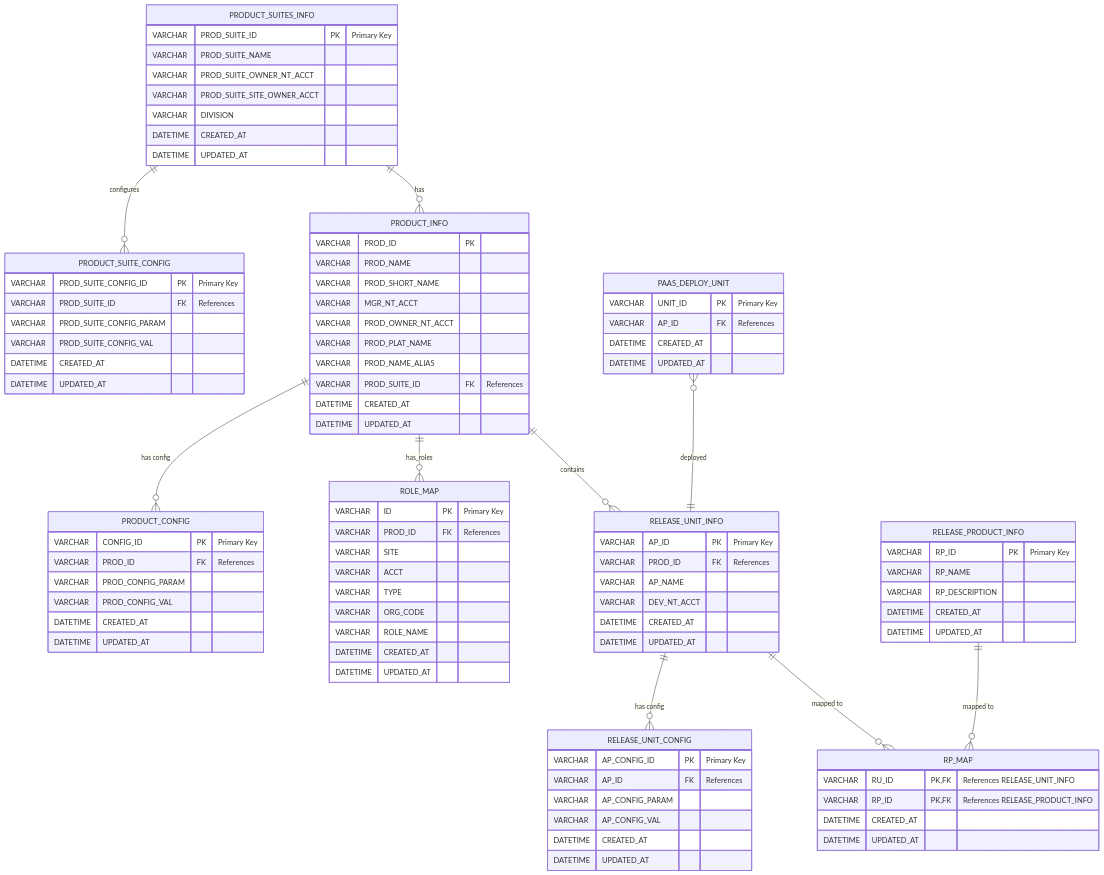
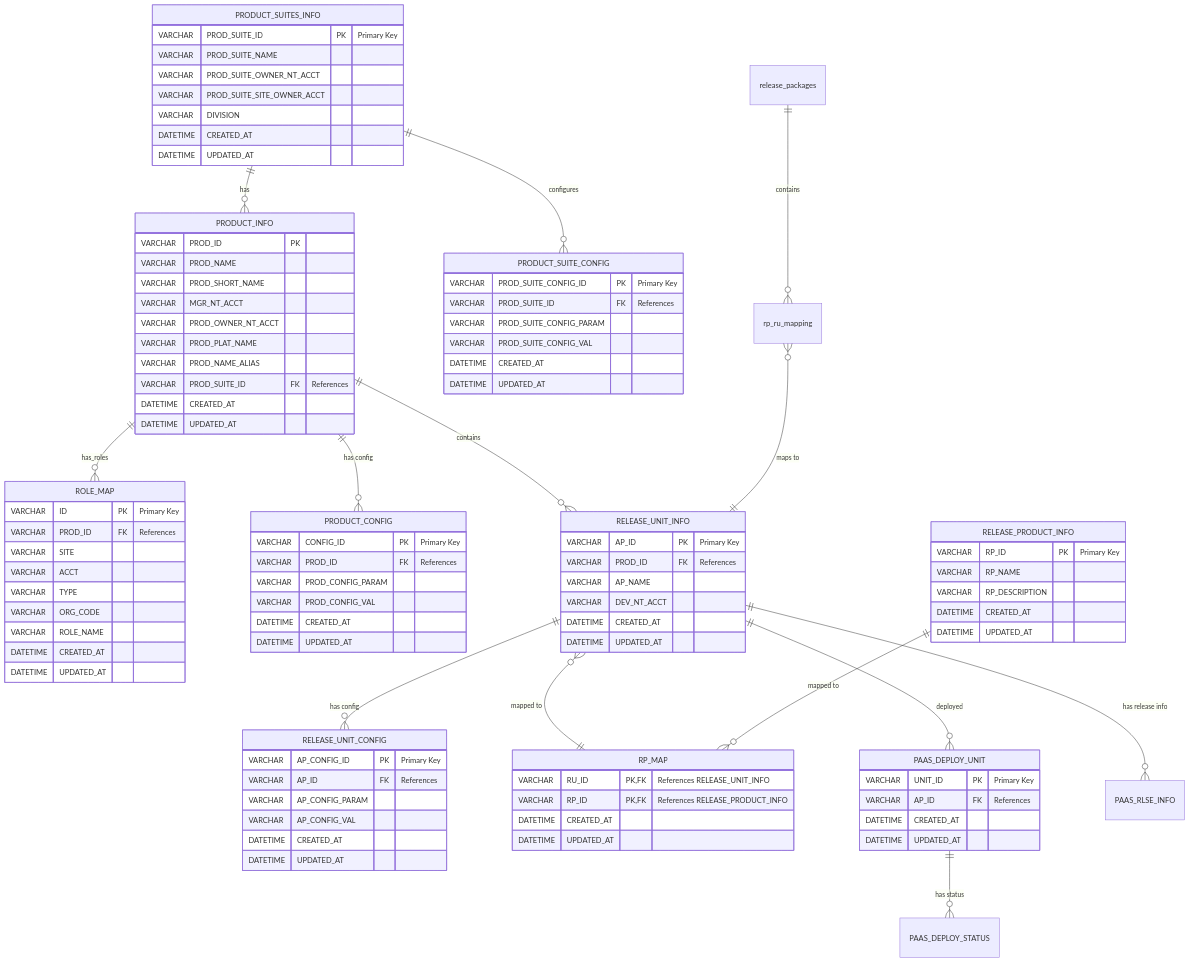
Before and after one commit to terenzio/DBMigrationPrototype: the diagram in docs/erDiagram.md, drawn with Mermaid. The commit also changed 3 other files, not shown here.

Commit message:
Enhance ER diagrams with additional relationships and entity definitions; add product release mapping images

````diff
--- a/docs/erDiagram.md
+++ b/docs/erDiagram.md
@@ -2,6 +2,39 @@
 ```mermaid
 erDiagram
-    %% Product Suite
+
+    %% =============================================
+    %% Relationships
+    %% =============================================
+
+    %% Product Suite relationships
+    PRODUCT_SUITES_INFO ||--o{ PRODUCT_INFO : "has"
+    PRODUCT_SUITES_INFO ||--o{ PRODUCT_SUITE_CONFIG : "configures"
+
+    %% Product relationships
+    PRODUCT_INFO ||--o{ ROLE_MAP : "has_roles"
+    PRODUCT_INFO ||--o{ PRODUCT_CONFIG : "has config"
+    PRODUCT_INFO ||--o{ RELEASE_UNIT_INFO : "contains"
+
+    %% Release Unit relationships
+    RELEASE_UNIT_INFO ||--o{ RELEASE_UNIT_CONFIG : "has config"
+    RELEASE_UNIT_INFO }o--|| RP_MAP : "mapped to"
+    RELEASE_UNIT_INFO ||--o{ PAAS_DEPLOY_UNIT : "deployed"
+    RELEASE_UNIT_INFO ||--o{ PAAS_RLSE_INFO : "has release info"
+
+    %% Release Product and Package relationships
+    RELEASE_PRODUCT_INFO ||--o{ RP_MAP : "mapped to"
+    release_packages ||--o{ rp_ru_mapping : "contains"
+    rp_ru_mapping }o--|| RELEASE_UNIT_INFO : "maps to"
+
+    %% PaaS relationships
+    PAAS_DEPLOY_UNIT ||--o{ PAAS_DEPLOY_STATUS : "has status"
+
+    %% =============================================
+    %% Entity Definitions
+    %% =============================================
+
+    %% ----- Product Suite Entities -----
+
     PRODUCT_SUITES_INFO {
         VARCHAR PROD_SUITE_ID PK "Primary Key"
         VARCHAR PROD_SUITE_NAME ""
@@ -21,7 +54,8 @@
         DATETIME UPDATED_AT ""
     }
 
-    %% Product
+    %% ----- Product Entities -----
+
     PRODUCT_INFO {
         VARCHAR PROD_ID PK ""
         VARCHAR PROD_NAME ""
@@ -56,7 +90,8 @@
         DATETIME UPDATED_AT ""
     }
 
-    %% Release Unit
+    %% ----- Release Unit Entities -----
+
     RELEASE_UNIT_INFO {
         VARCHAR AP_ID PK "Primary Key"
         VARCHAR PROD_ID FK "References"
@@ -75,7 +110,8 @@
         DATETIME UPDATED_AT ""
     }
 
-    %% Release Product
+    %% ----- Release Product / Package Entities -----
+
     RELEASE_PRODUCT_INFO {
         VARCHAR RP_ID PK "Primary Key"
         VARCHAR RP_NAME ""
@@ -84,7 +120,6 @@
         DATETIME UPDATED_AT ""
     }
 
-    %% Deployment & Mapping
     RP_MAP {
         VARCHAR RU_ID PK,FK "References RELEASE_UNIT_INFO"
         VARCHAR RP_ID PK,FK "References RELEASE_PRODUCT_INFO"
@@ -92,21 +127,12 @@
         DATETIME UPDATED_AT ""
     }
 
+    %% ----- PaaS Entities -----
+
     PAAS_DEPLOY_UNIT {
         VARCHAR UNIT_ID PK "Primary Key"
         VARCHAR AP_ID FK "References"
         DATETIME CREATED_AT ""
         DATETIME UPDATED_AT ""
     }
-
-    %% Relationships
-    PRODUCT_SUITES_INFO ||--o{ PRODUCT_SUITE_CONFIG : "configures"
-    PRODUCT_SUITES_INFO ||--o{ PRODUCT_INFO : "has"
-    PRODUCT_INFO ||--o{ PRODUCT_CONFIG : "has config"
-    PRODUCT_INFO ||--o{ ROLE_MAP : "has_roles"
-    PRODUCT_INFO ||--o{ RELEASE_UNIT_INFO : "contains"
-    RELEASE_UNIT_INFO ||--o{ RELEASE_UNIT_CONFIG : "has config"
-    RELEASE_UNIT_INFO ||--o{ RP_MAP : "mapped to"
-    RELEASE_PRODUCT_INFO ||--o{ RP_MAP : "mapped to"
-    PAAS_DEPLOY_UNIT }o--|| RELEASE_UNIT_INFO : "deployed"
 ```
````
